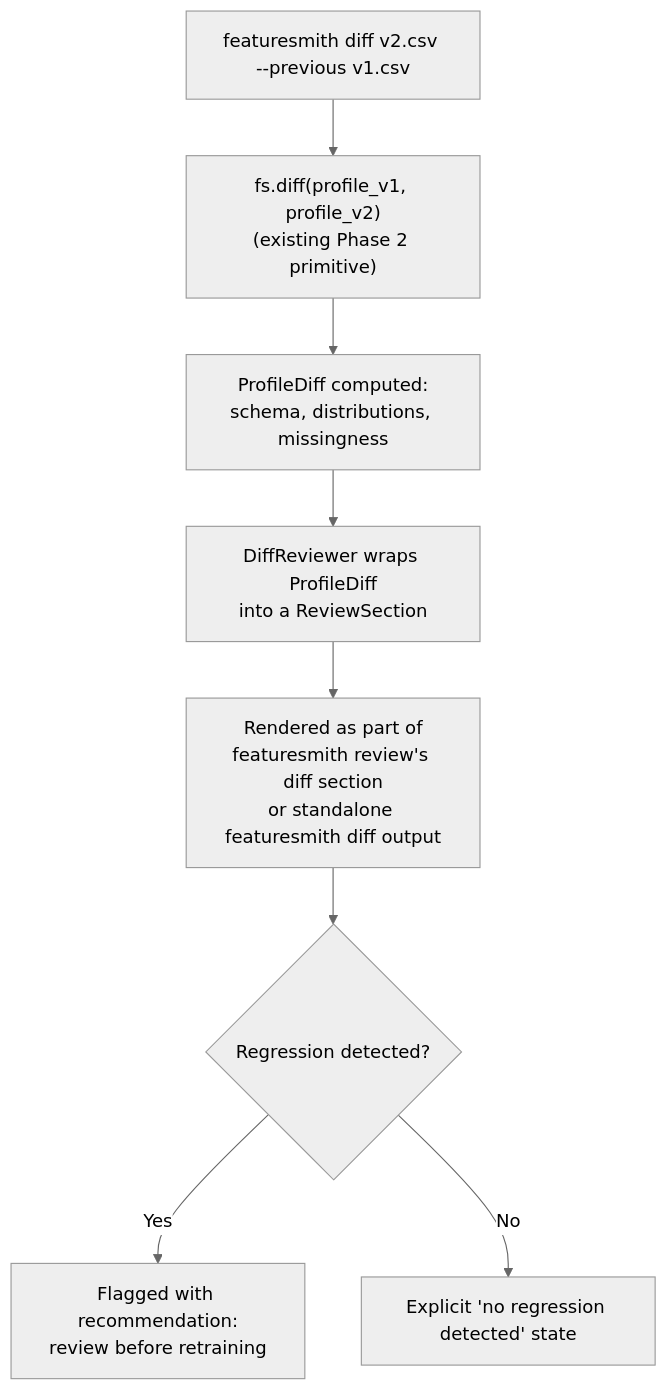
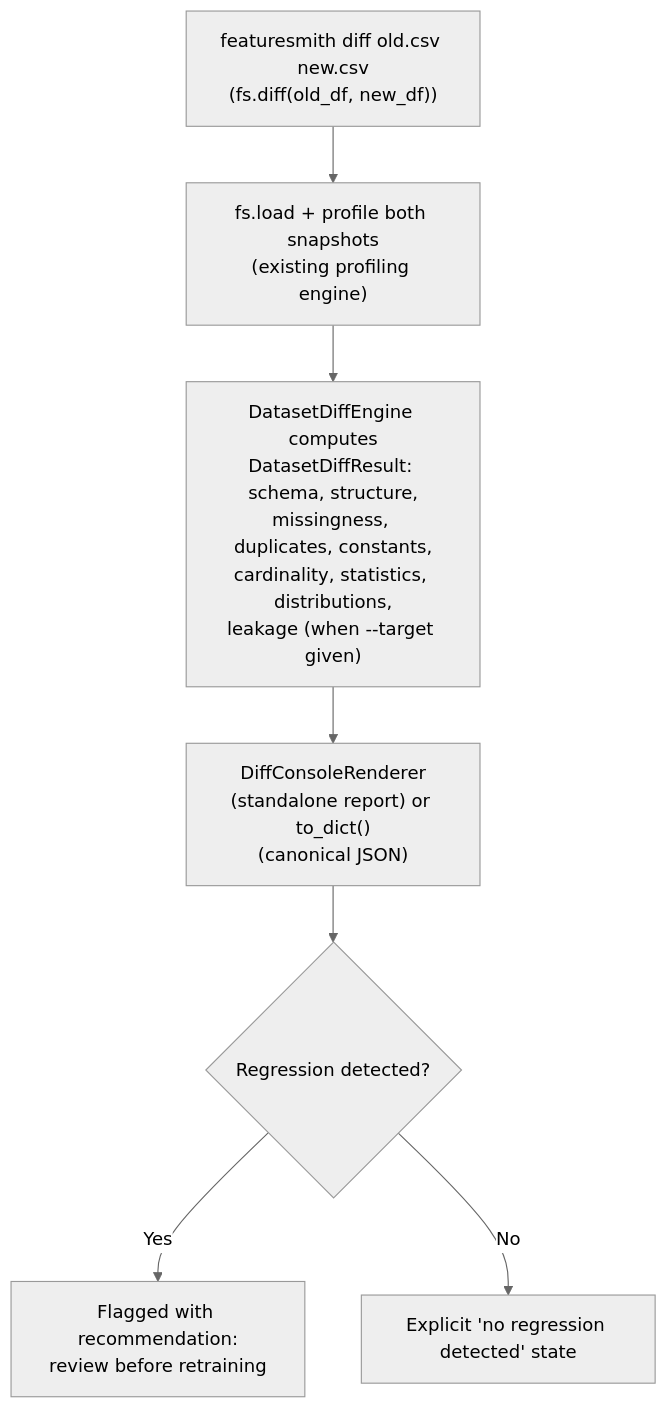
One commit to adityagangwani30/FeatureSmith changed the first of 4 diagrams in docs/features/Dataset-Diff-And-Leakage-Detection.md. Above: the diagram before and after it, drawn with Mermaid (neutral theme). The commit also changed other lines of this file and 19 other files, not shown here.

Commit message:
feat(diff): implement standalone Dataset Diff Engine (Sprint 5)

````diff
--- a/docs/features/Dataset-Diff-And-Leakage-Detection.md
+++ b/docs/features/Dataset-Diff-And-Leakage-Detection.md
@@ -54,10 +55,9 @@
 ```mermaid
 flowchart TB
-    A["featuresmith diff v2.csv --previous v1.csv"] --> B["fs.diff(profile_v1, profile_v2)\n(existing Phase 2 primitive)"]
-    B --> C["ProfileDiff computed:\nschema, distributions, missingness"]
-    C --> D["DiffReviewer wraps ProfileDiff\ninto a ReviewSection"]
-    D --> E["Rendered as part of\nfeaturesmith review's diff section\nor standalone featuresmith diff output"]
-    E --> F{"Regression detected?"}
-    F -->|Yes| G["Flagged with recommendation:\nreview before retraining"]
-    F -->|No| H["Explicit 'no regression detected' state"]
+    A["featuresmith diff old.csv new.csv\n(fs.diff(old_df, new_df))"] --> B["fs.load + profile both snapshots\n(existing profiling engine)"]
+    B --> C["DatasetDiffEngine computes\nDatasetDiffResult: schema, structure,\nmissingness, duplicates, constants,\ncardinality, statistics, distributions,\nleakage (when --target given)"]
+    C --> D["DiffConsoleRenderer\n(standalone report) or to_dict()\n(canonical JSON)"]
+    D --> E{"Regression detected?"}
+    E -->|Yes| F["Flagged with recommendation:\nreview before retraining"]
+    E -->|No| G["Explicit 'no regression detected' state"]
 ```
````
